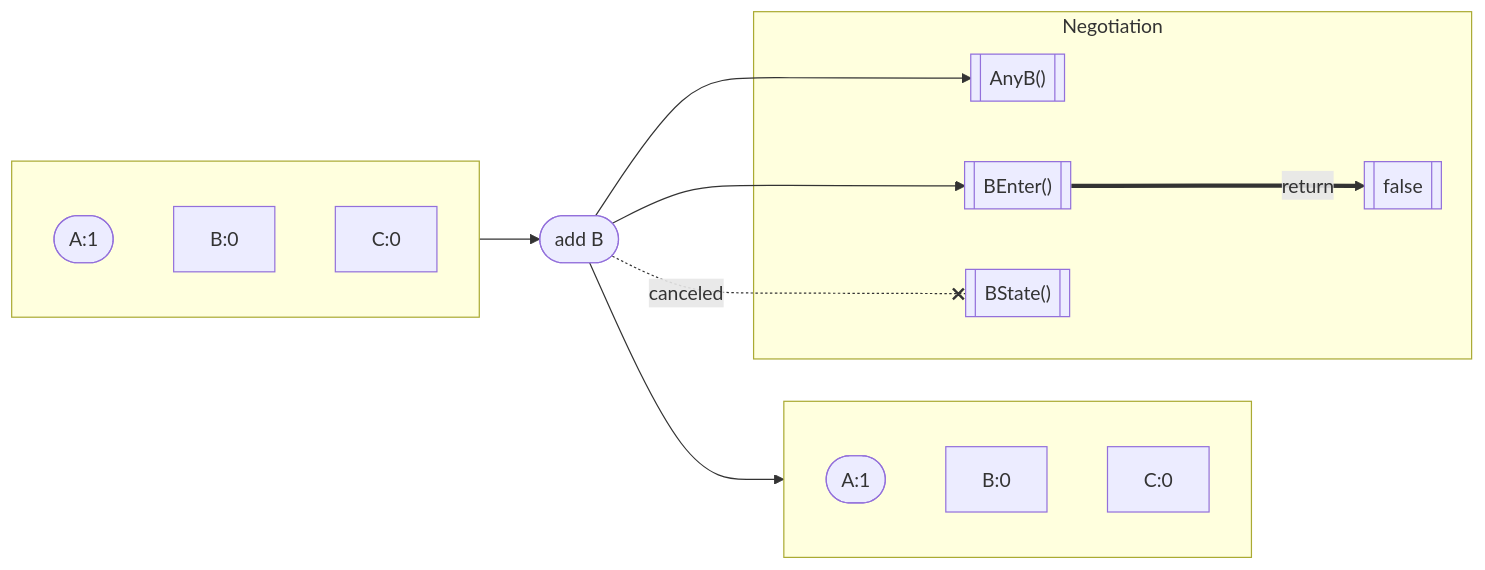
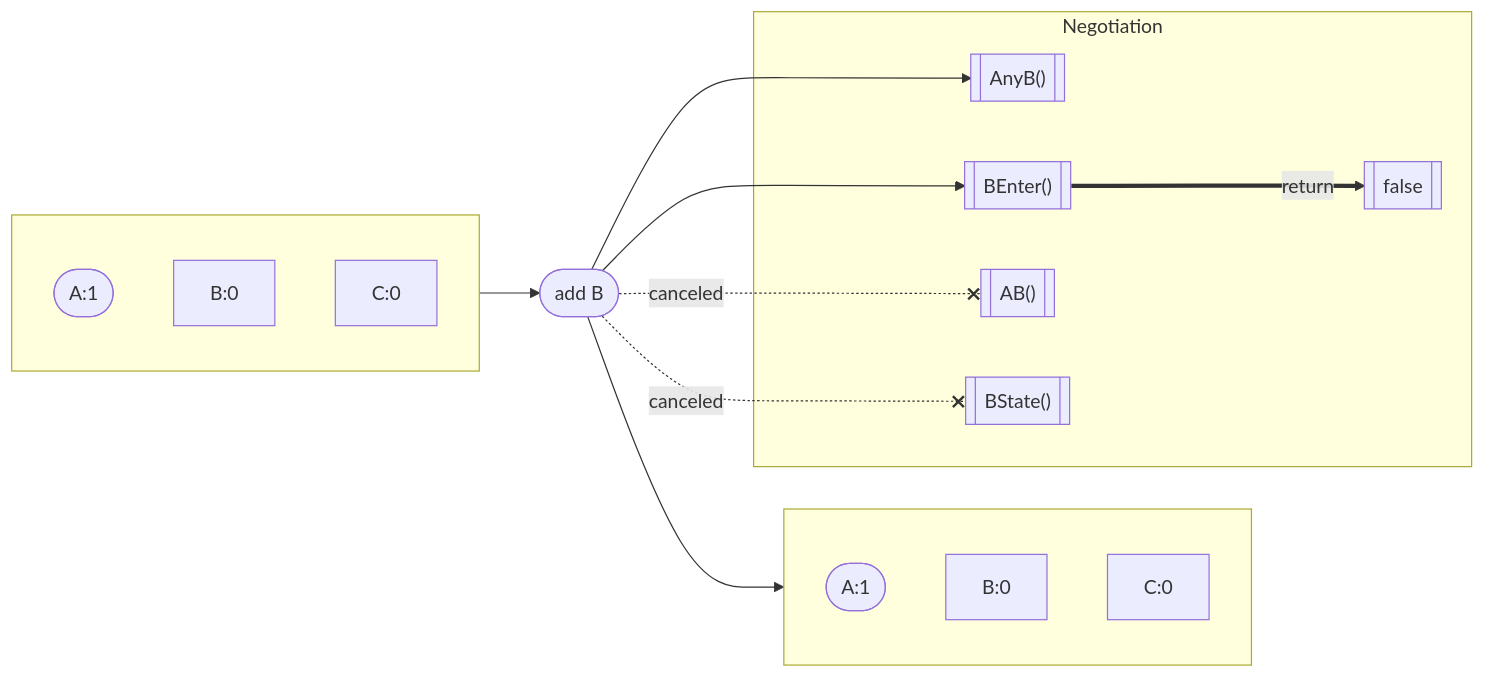
Before and after one commit to pancsta/asyncmachine-go: the fifth of 12 diagrams in docs/diagrams.md, drawn with Mermaid. The commit also changed other lines of this file and 6 other files, not shown here.

Commit message:
chore: replace mermaids with svgs

````diff
--- a/docs/diagrams.md
+++ b/docs/diagrams.md
@@ -188,26 +120,28 @@
 ```mermaid
 flowchart LR
     subgraph NegotiationBefore[ ]
         A1([A:1])
         B1[B:0]
         C1[C:0]
     end
     subgraph NegotiationAfter[ ]
         A2([A:1])
         B2[B:0]
         C2[C:0]
     end
     NegotiationMutation([add B])
     NegotiationBefore --> NegotiationMutation
     NegotiationMutation --> NegotiationAfter
     NegotiationMutation --> AnyB
     NegotiationMutation --> BEnter
     BEnter == return ==> false
+    NegotiationMutation  -. canceled .-x  AB
     NegotiationMutation -. canceled .-x BState
     subgraph Negotiation
         false[[false]]
         AnyB[["AnyB()"]]
         BEnter[["BEnter()"]]
+        AB[["AB()"]]
         BState[["BState()"]]
     end
 ```
````
